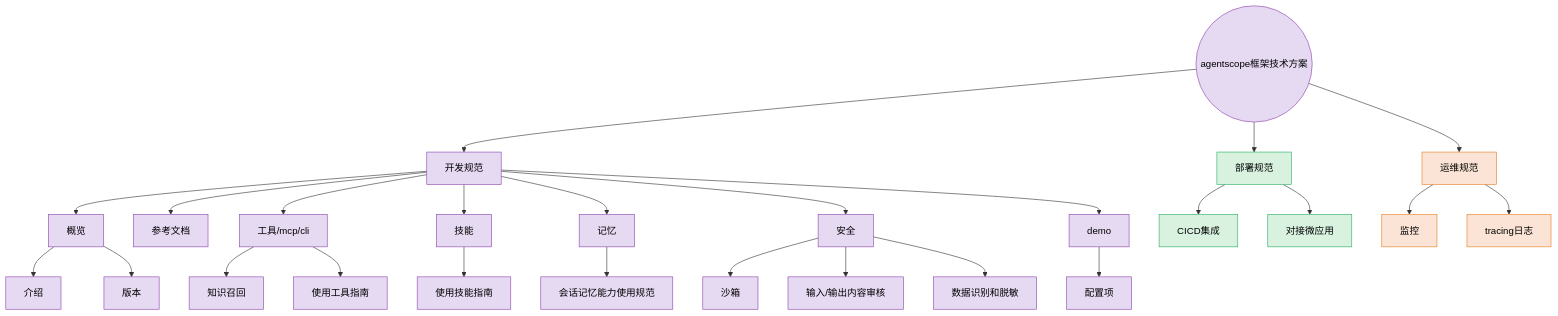
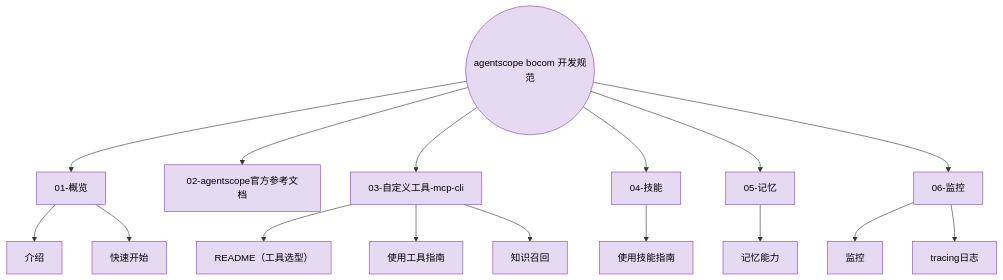
One commit to zhangler1/agentscope changed the diagram in docs/开发规范文档/README.md. Above: the diagram before and after it, drawn with Mermaid. The commit also changed other lines of this file and 68 other files, not shown here.

````diff
--- a/docs/开发规范文档/README.md
+++ b/docs/开发规范文档/README.md
@@ -7,41 +7,24 @@
 ```mermaid
 flowchart TD
-    ROOT(("agentscope框架技术方案"))
+    ROOT(("agentscope bocom 开发规范"))
 
-    ROOT --> DEV["开发规范"]
-    ROOT --> DEPLOY["部署规范"]
-    ROOT --> OPS["运维规范"]
+    ROOT --> A1["01-概览"]
+    ROOT --> A2["02-agentscope官方参考文档"]
+    ROOT --> A3["03-自定义工具-mcp-cli"]
+    ROOT --> A4["04-技能"]
+    ROOT --> A5["05-记忆"]
+    ROOT --> A6["06-监控"]
 
-    DEV --> A1["概览"]
     A1 --> A1a["介绍"]
-    A1 --> A1b["版本"]
-    DEV --> A2["参考文档"]
-    DEV --> A3["工具/mcp/cli"]
-    A3 --> A3a["知识召回"]
+    A1 --> A1b["快速开始"]
+    A3 --> A3a["README（工具选型）"]
     A3 --> A3b["使用工具指南"]
-    DEV --> A4["技能"]
+    A3 --> A3c["知识召回"]
     A4 --> A4a["使用技能指南"]
-    DEV --> A5["记忆"]
-    A5 --> A5a["会话记忆能力使用规范"]
-    DEV --> A6["安全"]
-    A6 --> A6a["沙箱"]
-    A6 --> A6b["输入/输出内容审核"]
-    A6 --> A6c["数据识别和脱敏"]
-    DEV --> A7["demo"]
-    A7 --> A7a["配置项"]
-
-    DEPLOY --> B1["CICD集成"]
-    DEPLOY --> B2["对接微应用"]
-
-    OPS --> C1["监控"]
-    OPS --> C2["tracing日志"]
+    A5 --> A5a["记忆能力"]
+    A6 --> A6a["监控"]
+    A6 --> A6b["tracing日志"]
 
     classDef dev fill:#e6d9f2,stroke:#8e44ad,color:#000
-    classDef deploy fill:#d9f2e0,stroke:#27ae60,color:#000
-    classDef ops fill:#fbe4d5,stroke:#e67e22,color:#000
-
-    class ROOT dev
-    class DEV,A1,A1a,A1b,A2,A3,A3a,A3b,A4,A4a,A5,A5a,A6,A6a,A6b,A6c,A7,A7a dev
-    class DEPLOY,B1,B2 deploy
-    class OPS,C1,C2 ops
+    class ROOT,A1,A1a,A1b,A2,A3,A3a,A3b,A3c,A4,A4a,A5,A5a,A6,A6a,A6b dev
 ```
````
